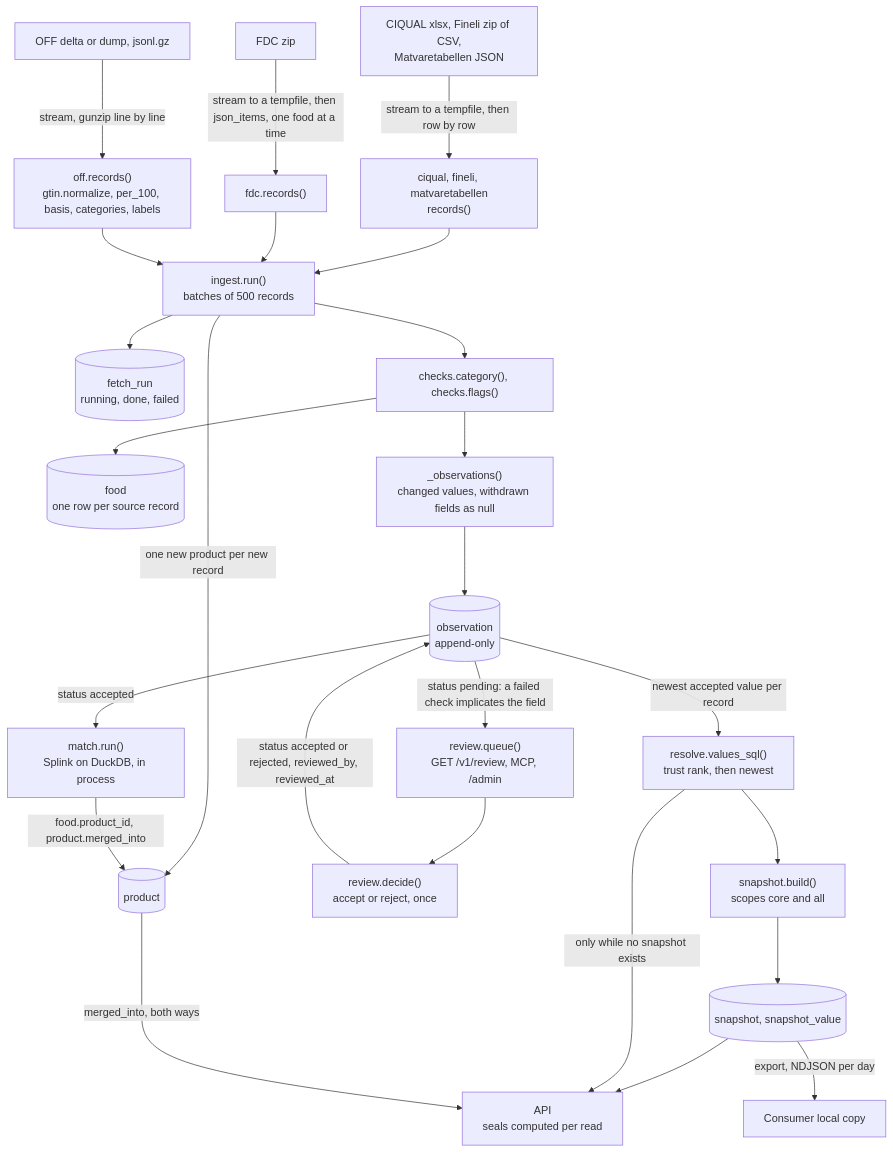
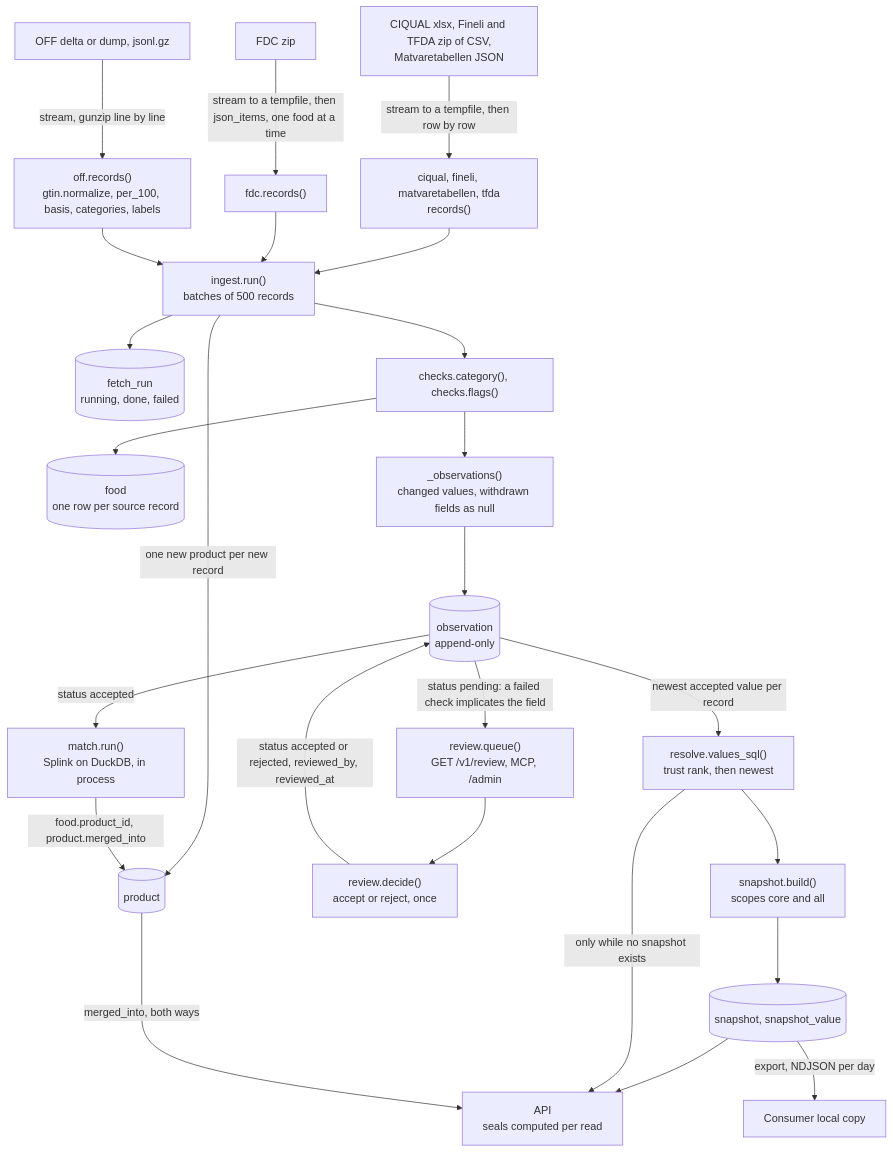
Before and after one commit to eait-fit/fooddb: the third of 19 diagrams in docs/architecture.md, drawn with Mermaid. The commit also changed other lines of this file and 5 other files, not shown here.

First line of the commit message:
docs: TFDA in the README, architecture, design, licence and deploy docs

````diff
--- a/docs/architecture.md
+++ b/docs/architecture.md
@@ -157,27 +158,27 @@
 ```mermaid
 flowchart TD
     fdcsrc["FDC zip"] -->|"stream to a tempfile, then json_items, one food at a time"| fdcrec["fdc.records()"]
-    tabsrc["CIQUAL xlsx, Fineli zip of CSV,<br/>Matvaretabellen JSON"] -->|"stream to a tempfile, then row by row"| tabrec["ciqual, fineli, matvaretabellen<br/>records()"]
+    tabsrc["CIQUAL xlsx, Fineli and TFDA zip of CSV,<br/>Matvaretabellen JSON"] -->|"stream to a tempfile, then row by row"| tabrec["ciqual, fineli, matvaretabellen, tfda<br/>records()"]
     tabrec --> run
     offsrc["OFF delta or dump, jsonl.gz"] -->|"stream, gunzip line by line"| offrec["off.records()<br/>gtin.normalize, per_100, basis, categories, labels"]
     fdcrec --> run["ingest.run()<br/>batches of 500 records"]
     offrec --> run
     run --> fr[("fetch_run<br/>running, done, failed")]
     run -->|"one new product per new record"| prod[("product")]
     run --> chk["checks.category(), checks.flags()"]
     chk --> foodt[("food<br/>one row per source record")]
     chk --> diff["_observations()<br/>changed values, withdrawn fields as null"]
     diff --> obs[("observation<br/>append-only")]
     obs -->|"status pending: a failed check implicates the field"| queue["review.queue()<br/>GET /v1/review, MCP, /admin"]
     queue --> decide["review.decide()<br/>accept or reject, once"]
     decide -->|"status accepted or rejected, reviewed_by, reviewed_at"| obs
     obs -->|"status accepted"| match["match.run()<br/>Splink on DuckDB, in process"]
     match -->|"food.product_id, product.merged_into"| prod
     obs -->|"newest accepted value per record"| resolver["resolve.values_sql()<br/>trust rank, then newest"]
     resolver --> snap["snapshot.build()<br/>scopes core and all"]
     snap --> sv[("snapshot, snapshot_value")]
     sv --> api["API<br/>seals computed per read"]
     sv -->|"export, NDJSON per day"| consumer["Consumer local copy"]
     resolver -->|"only while no snapshot exists"| api
     prod -->|"merged_into, both ways"| api
 ```
````
